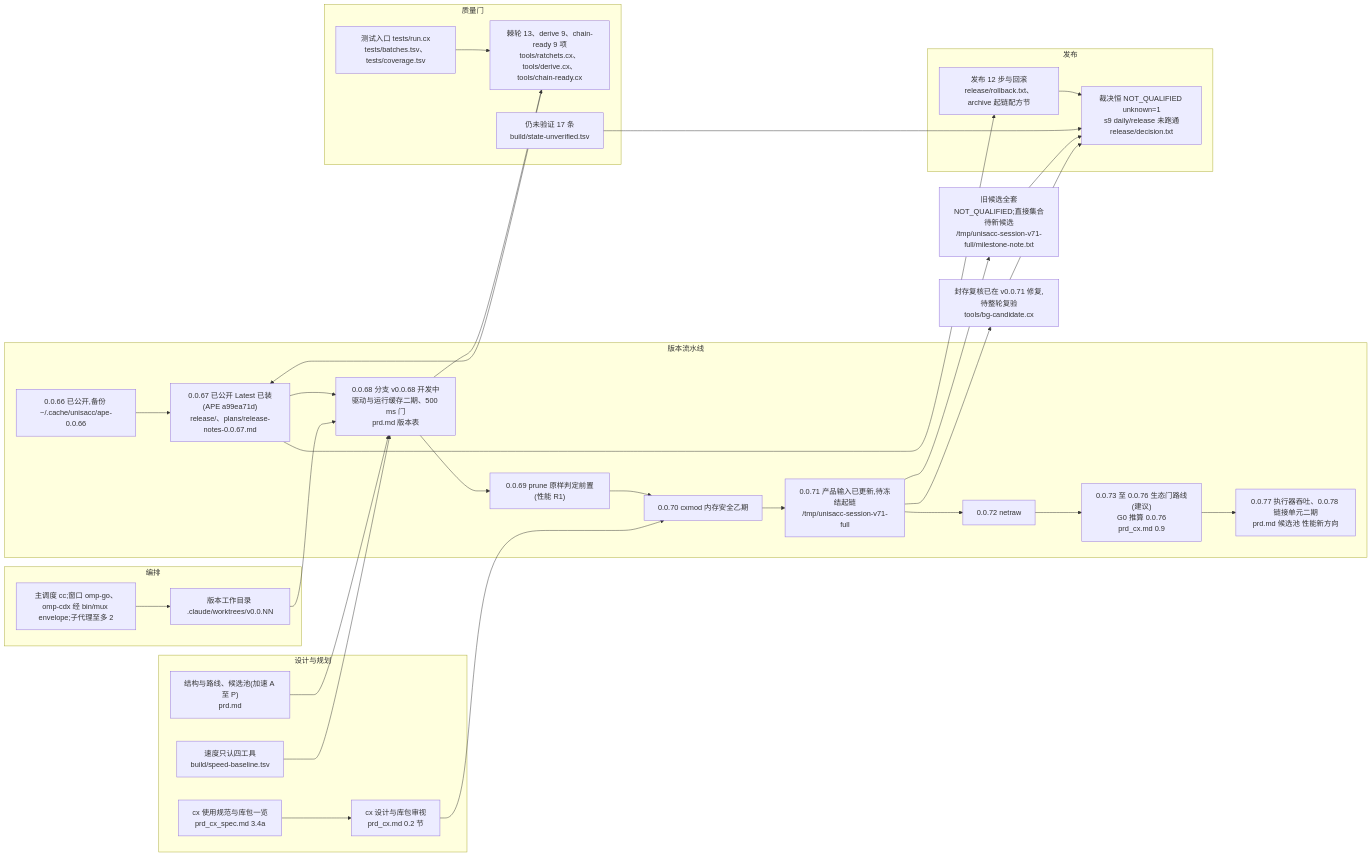
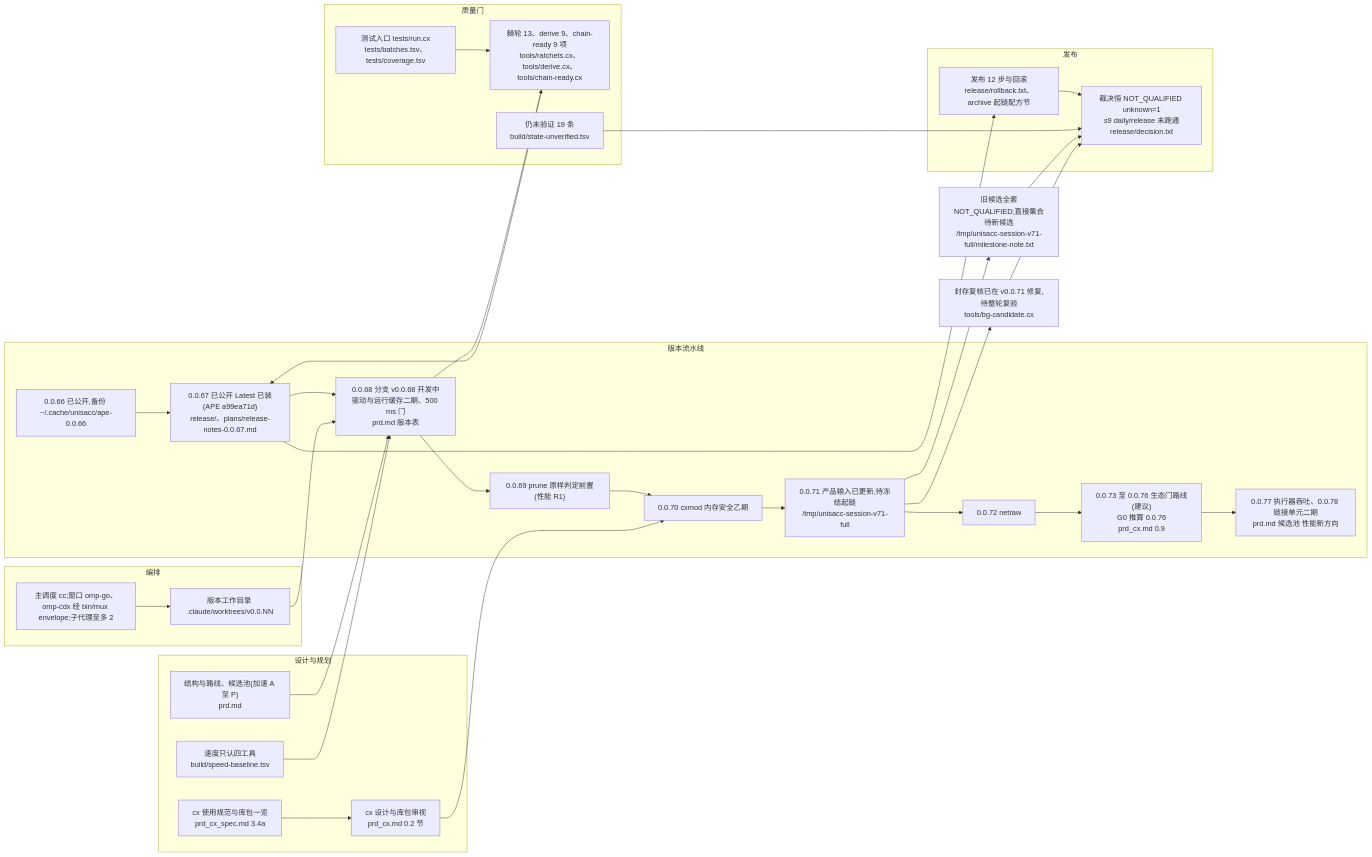
One commit to partnernetsoftware/unisacc changed the diagram in prd_mempalace.md. Above: the diagram before and after it, drawn with Mermaid. The commit also changed other lines of this file and 2 other files, not shown here.

````diff
--- a/prd_mempalace.md
+++ b/prd_mempalace.md
@@ -15,48 +15,48 @@
 ```mermaid
 flowchart LR
   subgraph 版本流水线
     V66["0.0.66 已公开,备份 ~/.cache/unisacc/ape-0.0.66"]
     V67["0.0.67 已公开 Latest 已装(APE a99ea71d)<br/>release/、plans/release-notes-0.0.67.md"]
     V68["0.0.68 分支 v0.0.68 开发中<br/>驱动与运行缓存二期、500 ms 门<br/>prd.md 版本表"]
     V69["0.0.69 prune 原样判定前置(性能 R1)"]
     V70["0.0.70 cxmod 内存安全乙期"]
     V71["0.0.71 产品输入已更新,待冻结起链<br/>/tmp/unisacc-session-v71-full"]
     V72["0.0.72 netraw"]
     ECO["0.0.73 至 0.0.76 生态门路线(建议)<br/>G0 推算 0.0.76<br/>prd_cx.md 0.9"]
     PERF["0.0.77 执行器吞吐、0.0.78 链接单元二期<br/>prd.md 候选池 性能新方向"]
     V66 --> V67 --> V68 --> V69 --> V70 --> V71 --> V72 --> ECO --> PERF
   end
   subgraph 发布
     REL["发布 12 步与回滚<br/>release/rollback.txt、archive 起链配方节"]
     Q["裁决恒 NOT_QUALIFIED unknown=1<br/>s9 daily/release 未跑通<br/>release/decision.txt"]
   end
   subgraph 质量门
     GATE["棘轮 13、derive 9、chain-ready 9 项<br/>tools/ratchets.cx、tools/derive.cx、tools/chain-ready.cx"]
     TEST["测试入口 tests/run.cx<br/>tests/batches.tsv、tests/coverage.tsv"]
-    UV["仍未验证 17 条<br/>build/state-unverified.tsv"]
+    UV["仍未验证 19 条<br/>build/state-unverified.tsv"]
   end
   subgraph 设计与规划
     PRD["结构与路线、候选池(加速 A 至 P)<br/>prd.md"]
     CX["cx 设计与库包审视<br/>prd_cx.md 0.2 节"]
     SPEC["cx 使用规范与库包一览<br/>prd_cx_spec.md 3.4a"]
     SPEED["速度只认四工具<br/>build/speed-baseline.tsv"]
   end
   subgraph 编排
     ORCH["主调度 cc;窗口 omp-go、omp-cdx 经 bin/mux envelope;子代理至多 2"]
     WT["版本工作目录 .claude/worktrees/v0.0.NN"]
   end
   V67 --> REL --> Q
   V68 --> GATE
   GATE --> V67
   TEST --> GATE
   UV --> Q
   PRD --> V68
   CX --> V70
   SPEC --> CX
   SPEED --> V68
   ORCH --> WT --> V68
   T71["旧候选全套NOT_QUALIFIED;直接集合待新候选<br/>/tmp/unisacc-session-v71-full/milestone-note.txt"]
   S71["封存复核已在 v0.0.71 修复,待整轮复验<br/>tools/bg-candidate.cx"]
   V71 --> T71 --> Q
   V71 --> S71 --> Q
 ```
````
